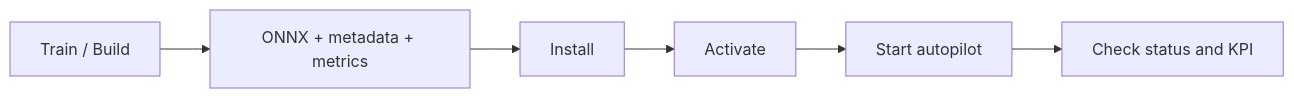
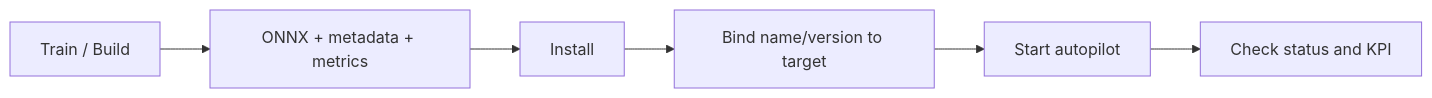
One commit to uav-simulator/uavsimulator changed the diagram in docs/model-lifecycle.md. Above: the diagram before and after it, drawn with Mermaid. The commit also changed other lines of this file and 2 other files, not shown here.

Commit message:
Add vision ONNX support to backend autopilot

````diff
--- a/docs/model-lifecycle.md
+++ b/docs/model-lifecycle.md
@@ -56,8 +64,8 @@
 ```mermaid
 flowchart LR
     Train["Train / Build"] --> Artifact["ONNX + metadata + metrics"]
     Artifact --> Install["Install"]
-    Install --> Activate["Activate"]
-    Activate --> Start["Start autopilot"]
+    Install --> Bind["Bind name/version to target"]
+    Bind --> Start["Start autopilot"]
     Start --> Eval["Check status and KPI"]
 ```
````
